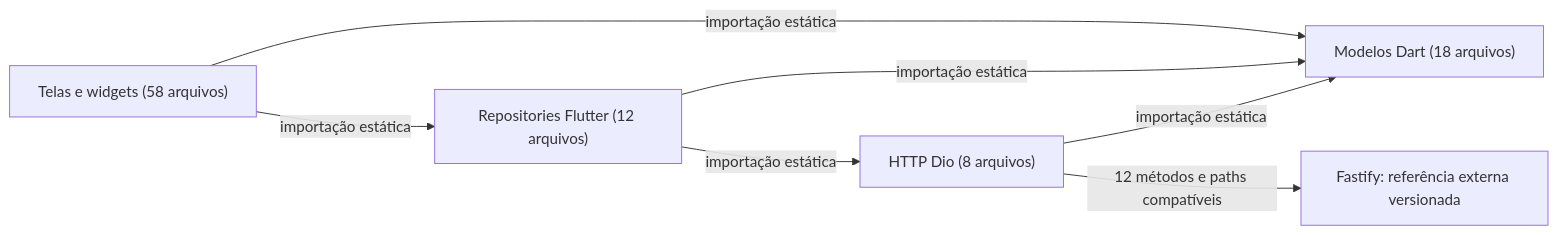
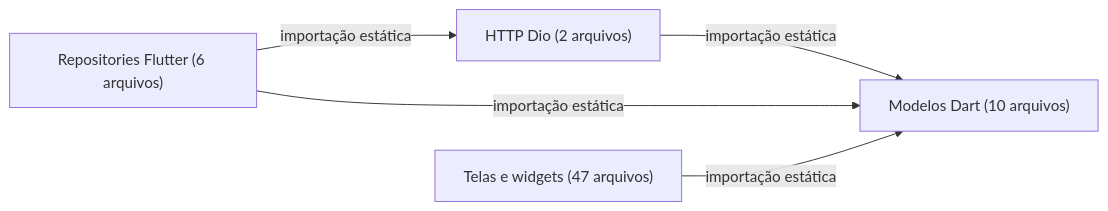
Before and after one commit to richardcastrogois/TrainForge: the first of 2 diagrams in docs/arquitetura/README.md, drawn with Mermaid. The commit also changed other lines of this file and 162 other files, not shown here.

````diff
--- a/docs/arquitetura/README.md
+++ b/docs/arquitetura/README.md
@@ -19,14 +19,11 @@
 ```mermaid
 flowchart LR
-    node0["Telas e widgets (58 arquivos)"]
-    node1["Repositories Flutter (12 arquivos)"]
-    node2["HTTP Dio (8 arquivos)"]
-    node3["Modelos Dart (18 arquivos)"]
-    node4["Fastify: referência externa versionada"]
+    node0["Telas e widgets (47 arquivos)"]
+    node1["Repositories Flutter (6 arquivos)"]
+    node2["HTTP Dio (2 arquivos)"]
+    node3["Modelos Dart (10 arquivos)"]
     node2 -->|"importação estática"| node3
     node1 -->|"importação estática"| node2
     node1 -->|"importação estática"| node3
     node0 -->|"importação estática"| node3
-    node0 -->|"importação estática"| node1
-    node2 -->|"12 métodos e paths compatíveis"| node4
 ```
````
